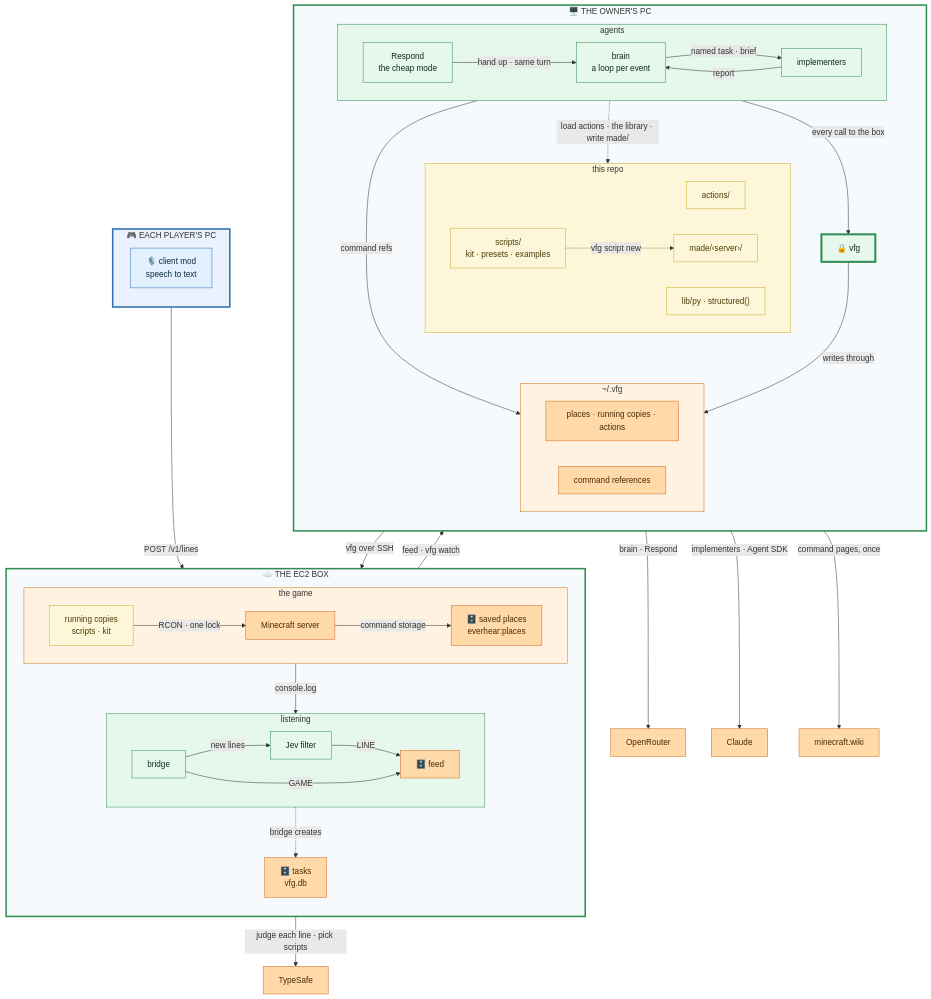
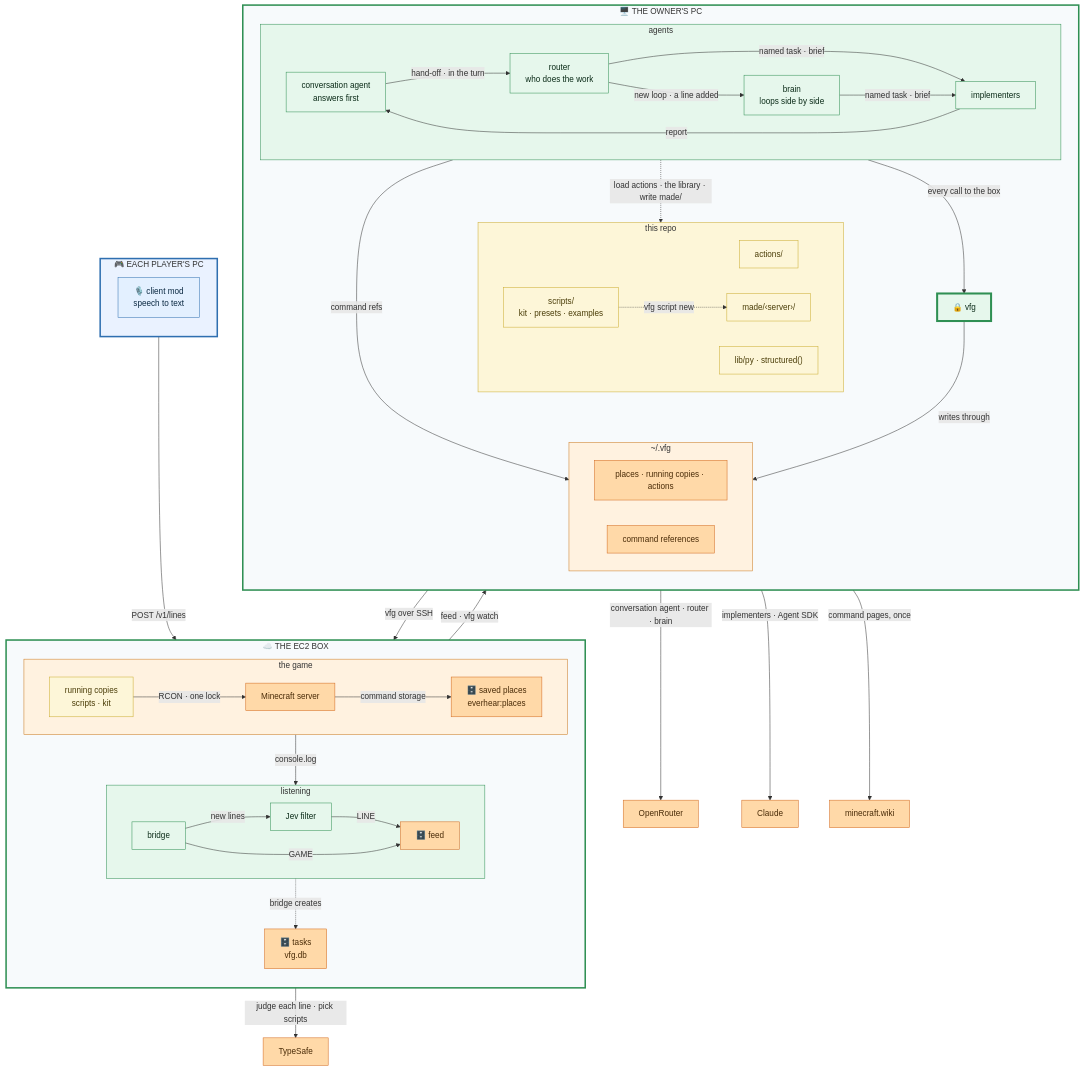
The diagram in README.md (jesse51002/everhear), drawn with Mermaid before and after one commit. The commit also changed other lines of this file and 57 other files, not shown here.

```diff
--- a/README.md
+++ b/README.md
@@ -39,12 +39,15 @@
   subgraph Owner["🖥️ THE OWNER'S PC"]
     direction TB
     subgraph Agents["agents"]
-      Brain["brain<br/>a loop per event"]
-      Respond["Respond<br/>the cheap mode"]
+      Conv["conversation agent<br/>answers first"]
+      Router["router<br/>who does the work"]
+      Brain["brain<br/>loops side by side"]
       Impl["implementers"]
-      Respond -->|"hand up · same turn"| Brain
+      Conv -->|"hand-off · in the turn"| Router
+      Router -->|"new loop · a line added"| Brain
+      Router -->|"named task · brief"| Impl
       Brain -->|"named task · brief"| Impl
-      Impl -->|"report"| Brain
+      Impl -->|"report"| Conv
     end
     Vfg["🔒 vfg"]
     subgraph Repo["this repo"]
@@ -73,7 +76,7 @@
   Box -->|"feed · vfg watch"| Owner
   Owner -->|"vfg over SSH"| Box
   Box -->|"judge each line · pick scripts"| TypeSafe
-  Owner -->|"brain · Respond"| OpenRouter
+  Owner -->|"conversation agent · router · brain"| OpenRouter
   Owner -->|"implementers · Agent SDK"| Claude
   Owner -->|"command pages, once"| Wiki
 
@@ -83,7 +86,7 @@
   classDef ext    fill:#ffd9a8,stroke:#d2691e,color:#4a2c08;
   classDef tool   fill:#fdf6d8,stroke:#caab2f,color:#4a3d08;
   class Mod client;
-  class Bridge,Jev,Brain,Respond,Impl,Vfg svc;
+  class Bridge,Jev,Conv,Router,Brain,Impl,Vfg svc;
   class Feed,Tasks,MC,Places,Cache,Refs,TypeSafe,OpenRouter,Claude,Wiki ext;
   class Run,Actions,Library,Made,Lib tool;
   style Player fill:#eaf2ff,stroke:#2f6fb0,stroke-width:3px;
```
